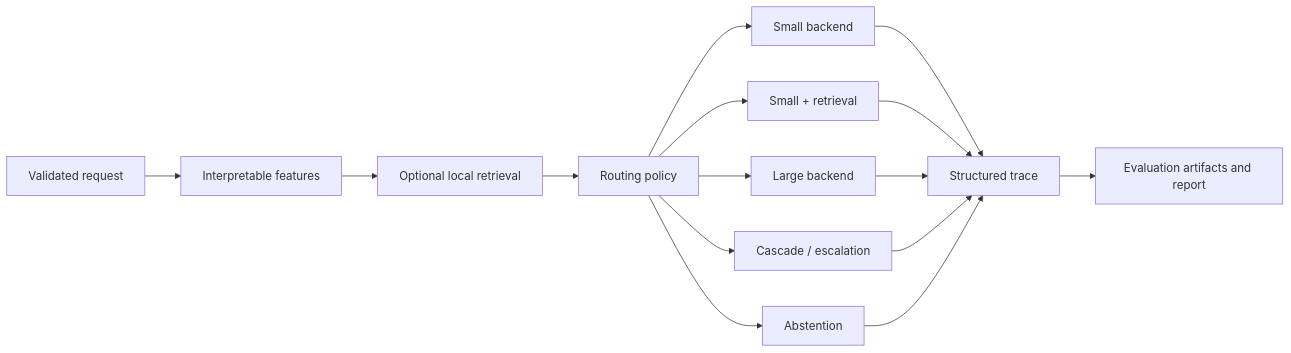
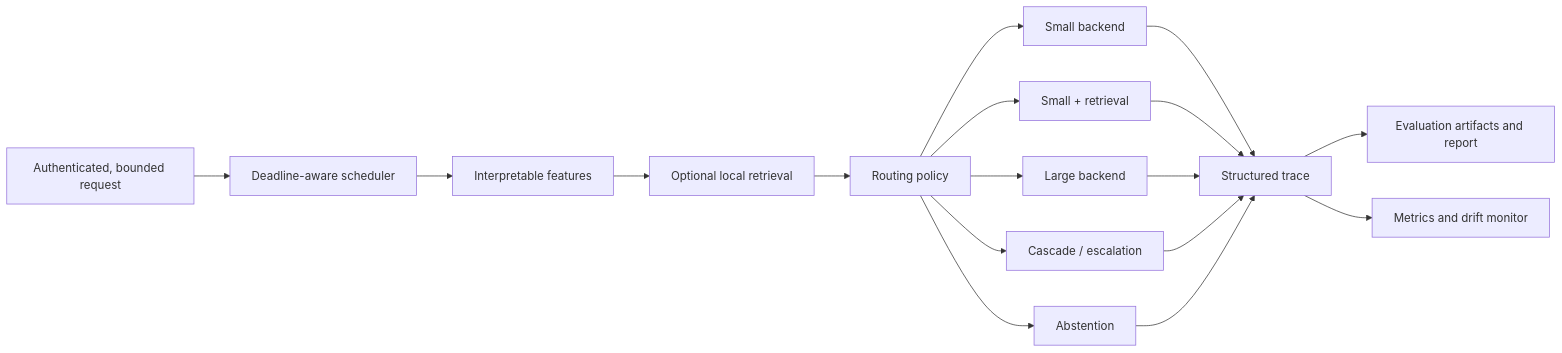
Before and after one commit to BearAx/budgetroute-llm: the diagram in README.md, drawn with Mermaid. The commit also changed other lines of this file and 100 other files, not shown here.

````diff
--- a/README.md
+++ b/README.md
@@ -17,17 +17,19 @@
 ```mermaid
 flowchart LR
-    A["Validated request"] --> B["Interpretable features"]
+    A["Authenticated, bounded request"] --> Q["Deadline-aware scheduler"]
+    Q --> B["Interpretable features"]
     B --> C["Optional local retrieval"]
     C --> D["Routing policy"]
     D --> E["Small backend"]
     D --> F["Small + retrieval"]
     D --> G["Large backend"]
     D --> H["Cascade / escalation"]
     D --> I["Abstention"]
     E --> J["Structured trace"]
     F --> J
     G --> J
     H --> J
     I --> J
     J --> K["Evaluation artifacts and report"]
+    J --> M["Metrics and drift monitor"]
 ```
````
